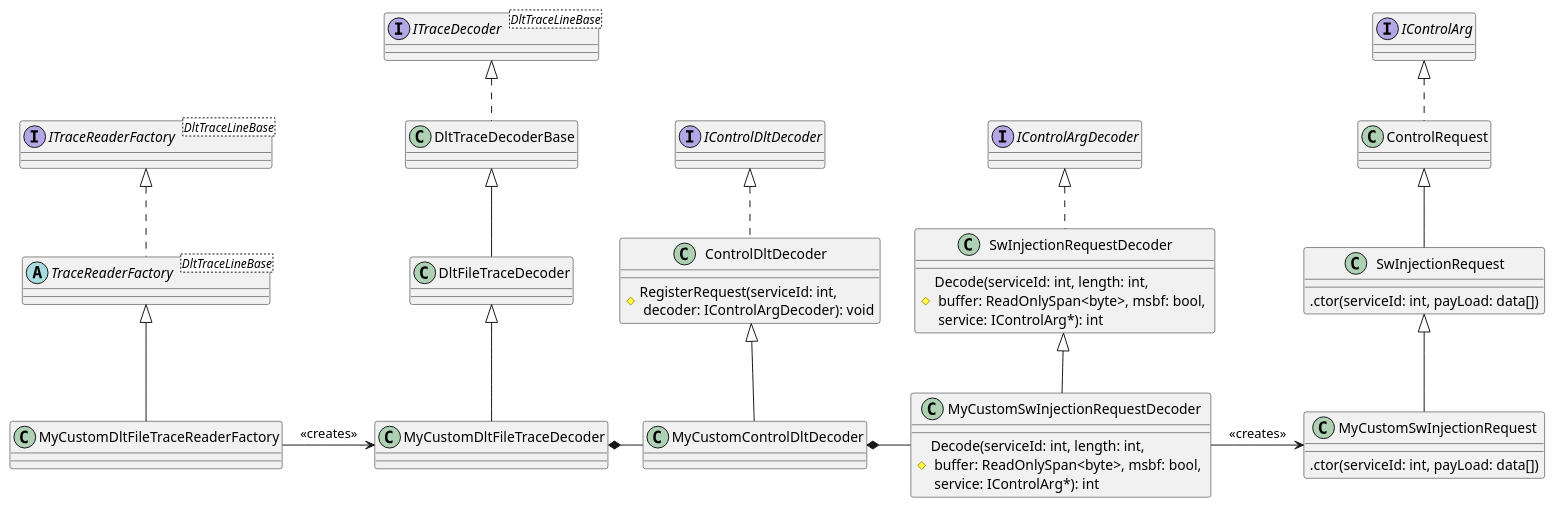
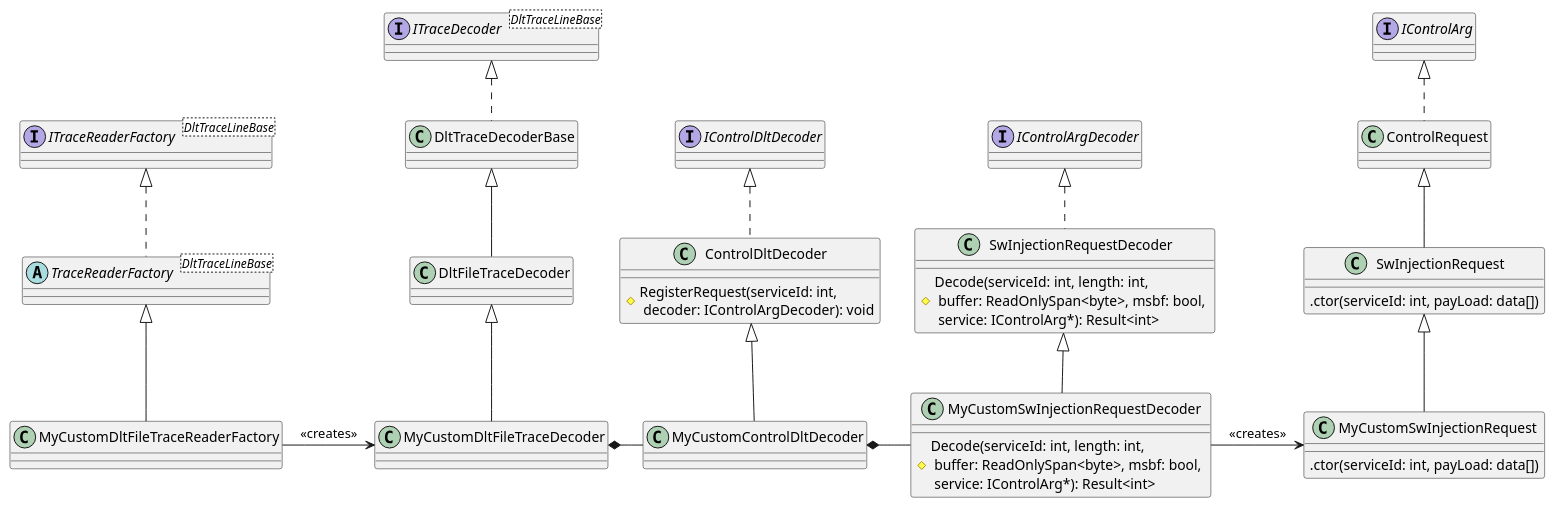
The diagram in TraceReader.Dlt/docs/diagrams/DLT.ControlArgCustomDecoder.plantuml (jcurl/RJCP.DLL.Log), drawn with PlantUML before and after one commit. The commit also changed 10 other files, not shown here.

First line of the commit message:
DLT: Update UML for decoding with `Result<int>`

```diff
--- a/TraceReader.Dlt/docs/diagrams/DLT.ControlArgCustomDecoder.plantuml
+++ b/TraceReader.Dlt/docs/diagrams/DLT.ControlArgCustomDecoder.plantuml
@@ -1,56 +1,56 @@
 @startuml DLT.ControlArgCustomDecoder
 interface IControlArg
 class ControlRequest
 
 class SwInjectionRequest {
     .ctor(serviceId: int, payLoad: data[])
 }
 class MyCustomSwInjectionRequest {
     .ctor(serviceId: int, payLoad: data[])
 }
 
 IControlArg <|.d. ControlRequest
 ControlRequest <|-d- SwInjectionRequest
 SwInjectionRequest <|-d- MyCustomSwInjectionRequest
 
 interface IControlArgDecoder
 
 class SwInjectionRequestDecoder {
-    #Decode(serviceId: int, length: int, \n buffer: ReadOnlySpan<byte>, msbf: bool, \n service: IControlArg*): int
+    #Decode(serviceId: int, length: int, \n buffer: ReadOnlySpan<byte>, msbf: bool, \n service: IControlArg*): Result<int>
 }
 
 class MyCustomSwInjectionRequestDecoder {
-    #Decode(serviceId: int, length: int, \n buffer: ReadOnlySpan<byte>, msbf: bool, \n service: IControlArg*): int
+    #Decode(serviceId: int, length: int, \n buffer: ReadOnlySpan<byte>, msbf: bool, \n service: IControlArg*): Result<int>
 }
 
 IControlArgDecoder <|.d. SwInjectionRequestDecoder
 SwInjectionRequestDecoder <|-d- MyCustomSwInjectionRequestDecoder
 MyCustomSwInjectionRequestDecoder -r-> MyCustomSwInjectionRequest : <<creates>>
 
 interface IControlDltDecoder
 class ControlDltDecoder {
     #RegisterRequest(serviceId: int, \n decoder: IControlArgDecoder): void
 }
 class MyCustomControlDltDecoder
 IControlDltDecoder <|.d. ControlDltDecoder
 ControlDltDecoder <|-d- MyCustomControlDltDecoder
 
 interface ITraceDecoder<DltTraceLineBase>
 class DltTraceDecoderBase
 class DltFileTraceDecoder
 class MyCustomDltFileTraceDecoder
 ITraceDecoder <|.d. DltTraceDecoderBase
 DltTraceDecoderBase <|-d- DltFileTraceDecoder
 DltFileTraceDecoder <|-d- MyCustomDltFileTraceDecoder
 
 MyCustomDltFileTraceDecoder *-r- MyCustomControlDltDecoder
 MyCustomControlDltDecoder *-r- MyCustomSwInjectionRequestDecoder
 
 interface ITraceReaderFactory<DltTraceLineBase>
 abstract class TraceReaderFactory<DltTraceLineBase>
 class MyCustomDltFileTraceReaderFactory
 
 ITraceReaderFactory <|.d. TraceReaderFactory
 TraceReaderFactory <|-d- MyCustomDltFileTraceReaderFactory
 MyCustomDltFileTraceReaderFactory -r-> MyCustomDltFileTraceDecoder : <<creates>>
 @enduml
```
